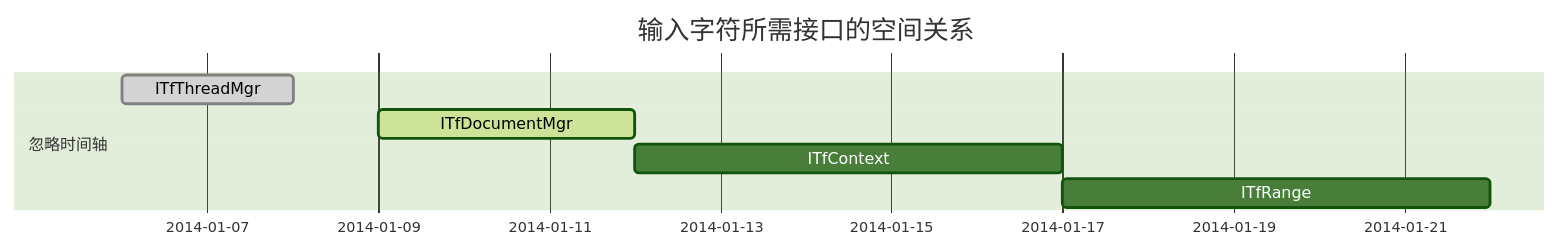
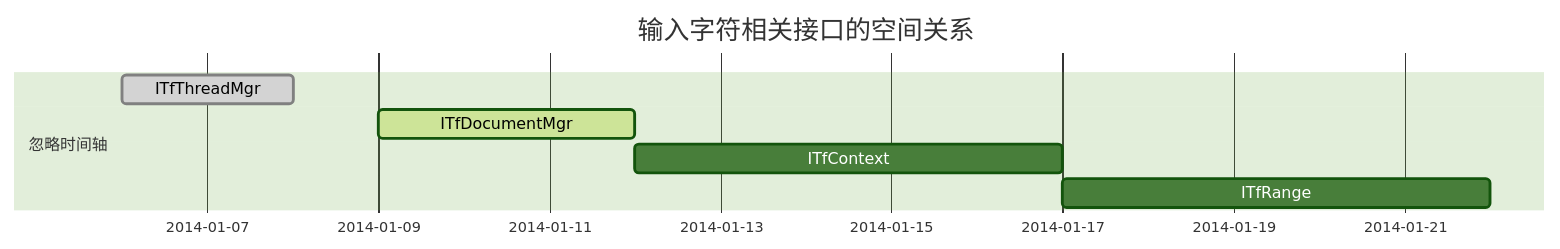
The first of 3 diagrams in 2023/5/1.md (ChineseInputMethod/mumble), drawn with Mermaid (forest theme) before and after one commit. The commit also changed other lines of this file and 1 other file, not shown here.

````diff
--- a/2023/5/1.md
+++ b/2023/5/1.md
@@ -83,10 +84,10 @@
 ```mermaid
 gantt
         dateFormat  YYYY-MM-DD
-        title 输入字符所需接口的空间关系
+        title 输入字符相关接口的空间关系
         section 忽略时间轴
         ITfThreadMgr	:done,    des1, 2014-01-06,2014-01-08
         ITfDocumentMgr	:active,  des2, 2014-01-09, 3d
         ITfContext		:         des3, after des2, 5d
         ITfRange		:         des4, after des3, 5d
 ```
````
